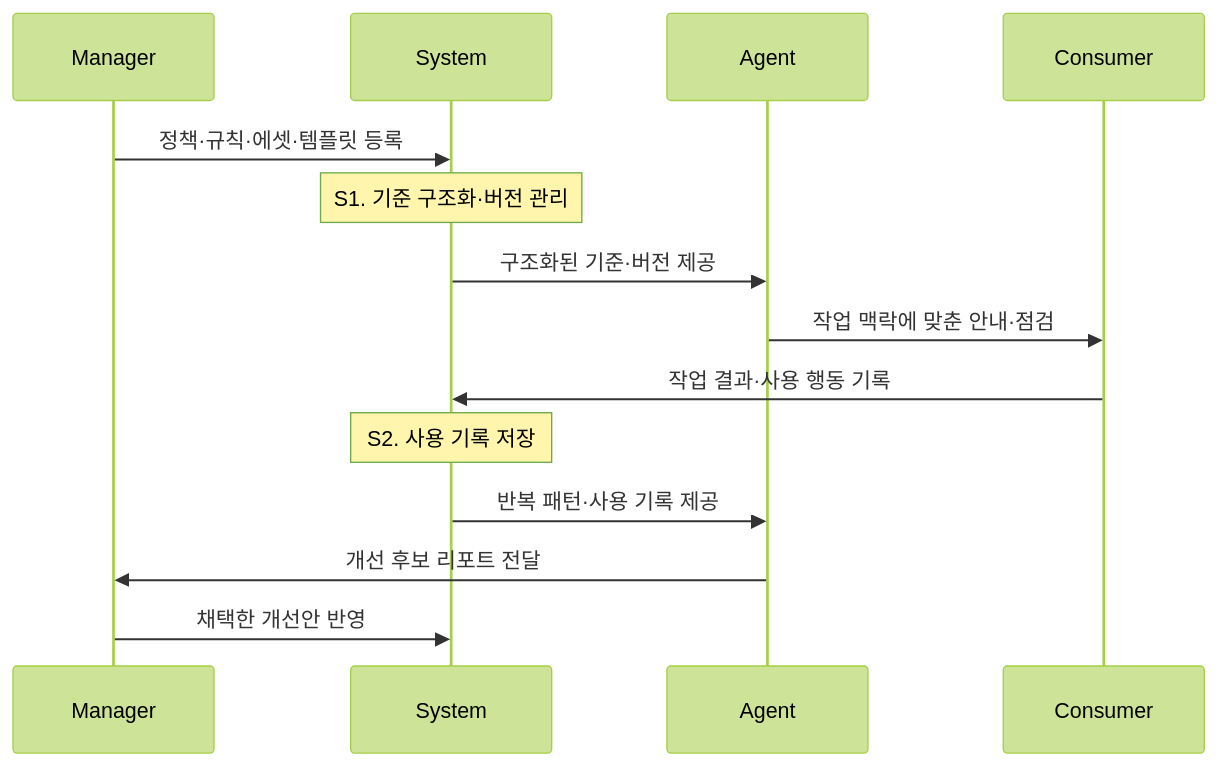
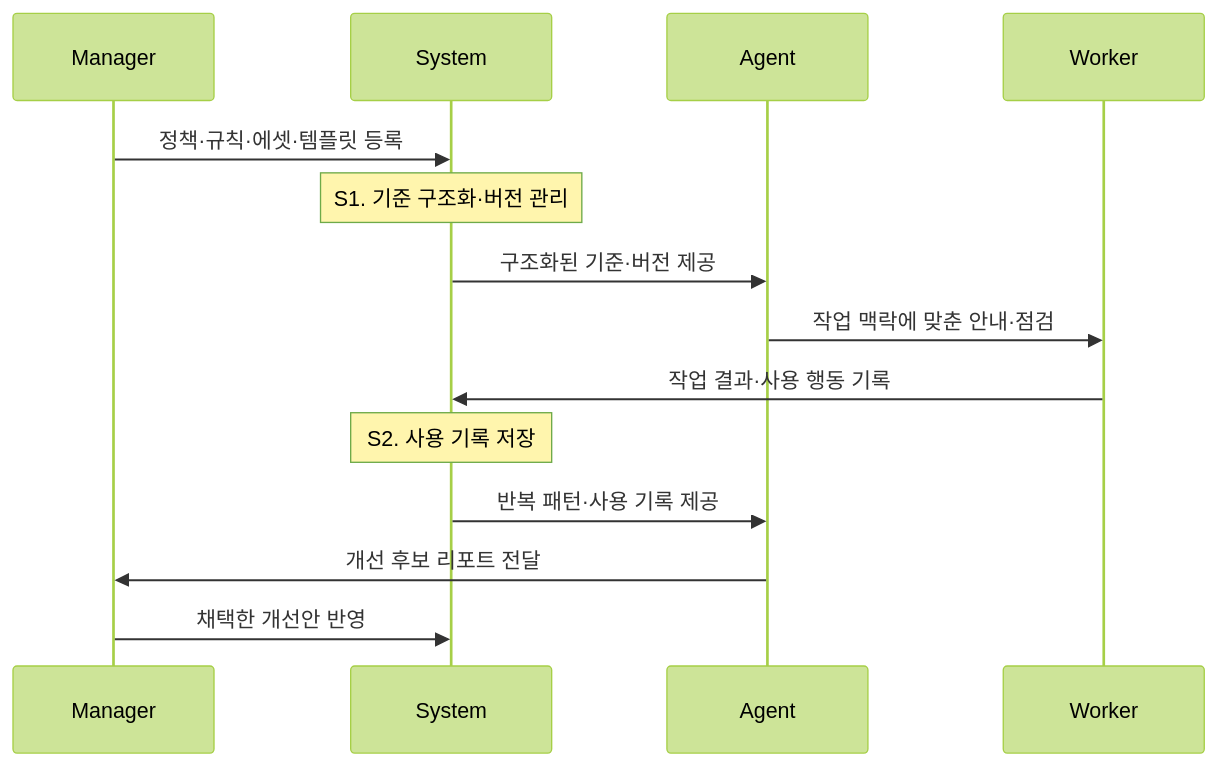
Before and after one commit to ewoooo/living-brand-system: the first of 2 diagrams in docs/01-product.md, drawn with Mermaid (forest theme). The commit also changed other lines of this file and 7 other files, not shown here.

````diff
--- a/docs/01-product.md
+++ b/docs/01-product.md
@@ -70,17 +70,17 @@
 ```mermaid
 sequenceDiagram
   participant M as Manager
   participant S as System
   participant A as Agent
-  participant C as Consumer
+  participant C as Worker
 
   M->>S: 정책·규칙·에셋·템플릿 등록
   Note over S: S1. 기준 구조화·버전 관리
   S->>A: 구조화된 기준·버전 제공
   A->>C: 작업 맥락에 맞춘 안내·점검
   C->>S: 작업 결과·사용 행동 기록
   Note over S: S2. 사용 기록 저장
   S->>A: 반복 패턴·사용 기록 제공
   A->>M: 개선 후보 리포트 전달
   M->>S: 채택한 개선안 반영
 ```
````
